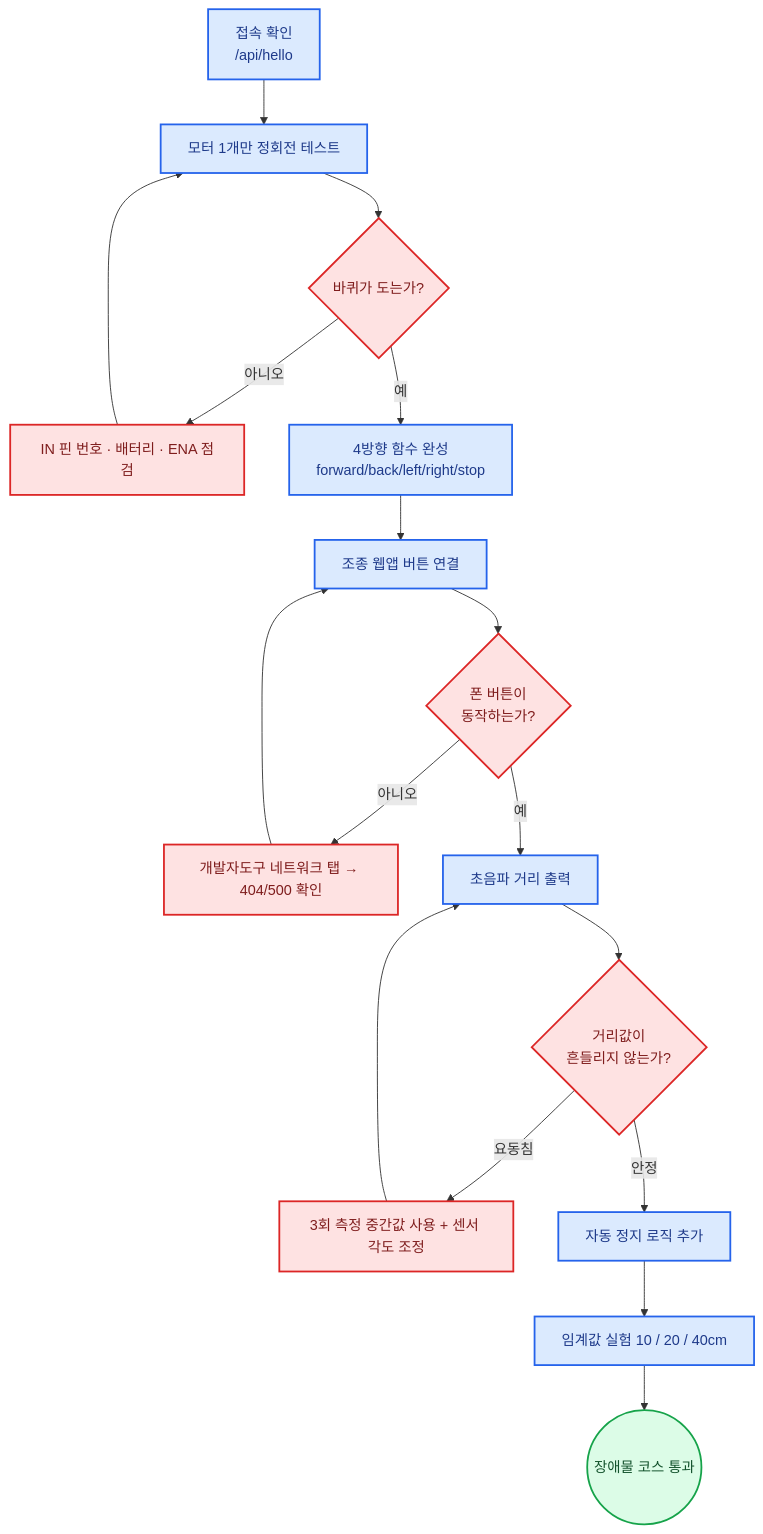
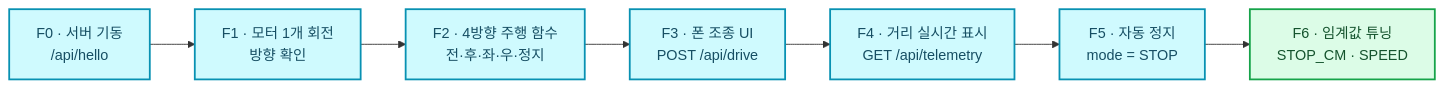
One commit to Collegenie-X/AIMakerLab_Web changed diagram 11 of 27 in documents/CURRICULUM/라즈베리파이_자율주행차_감시카메라_3-6-12시간_단계별_커리큘럼.md. Above: the diagram before and after it, drawn with Mermaid. The commit also changed other lines of this file and 36 other files, not shown here.

````diff
--- a/documents/CURRICULUM/라즈베리파이_자율주행차_감시카메라_3-6-12시간_단계별_커리큘럼.md
+++ b/documents/CURRICULUM/라즈베리파이_자율주행차_감시카메라_3-6-12시간_단계별_커리큘럼.md
@@ -576,26 +573,14 @@
 ```mermaid
-flowchart TD
-    A1["접속 확인<br/>/api/hello"] --> A2["모터 1개만 정회전 테스트"]
-    A2 --> Q1{"바퀴가 도는가?"}
-    Q1 -- "아니오" --> F1["IN 핀 번호 · 배터리 · ENA 점검"]
-    F1 --> A2
-    Q1 -- "예" --> A3["4방향 함수 완성<br/>forward/back/left/right/stop"]
-    A3 --> A4["조종 웹앱 버튼 연결"]
-    A4 --> Q2{"폰 버튼이<br/>동작하는가?"}
-    Q2 -- "아니오" --> F2["개발자도구 네트워크 탭 → 404/500 확인"]
-    F2 --> A4
-    Q2 -- "예" --> A5["초음파 거리 출력"]
-    A5 --> Q3{"거리값이<br/>흔들리지 않는가?"}
-    Q3 -- "요동침" --> F3["3회 측정 중간값 사용 + 센서 각도 조정"]
-    F3 --> A5
-    Q3 -- "안정" --> A6["자동 정지 로직 추가"]
-    A6 --> A7["임계값 실험 10 / 20 / 40cm"]
-    A7 --> DONE(("장애물 코스 통과"))
+flowchart LR
+    F0["F0 · 서버 기동<br/>/api/hello"] --> F1["F1 · 모터 1개 회전<br/>방향 확인"]
+    F1 --> F2["F2 · 4방향 주행 함수<br/>전·후·좌·우·정지"]
+    F2 --> F3["F3 · 폰 조종 UI<br/>POST /api/drive"]
+    F3 --> F4["F4 · 거리 실시간 표시<br/>GET /api/telemetry"]
+    F4 --> F5["F5 · 자동 정지<br/>mode = STOP"]
+    F5 --> F6["F6 · 임계값 튜닝<br/>STOP_CM · SPEED"]
 
-    classDef s fill:#DBEAFE,stroke:#2563EB,stroke-width:2px,color:#1E3A8A
-    classDef f fill:#FEE2E2,stroke:#DC2626,stroke-width:2px,color:#7F1D1D
-    classDef d fill:#DCFCE7,stroke:#16A34A,stroke-width:2px,color:#14532D
-    class A1,A2,A3,A4,A5,A6,A7 s
-    class F1,F2,F3,Q1,Q2,Q3 f
-    class DONE d
+    classDef f fill:#CFFAFE,stroke:#0891B2,stroke-width:2px,color:#164E63
+    classDef g fill:#DCFCE7,stroke:#16A34A,stroke-width:2px,color:#14532D
+    class F0,F1,F2,F3,F4,F5 f
+    class F6 g
 ```
````
